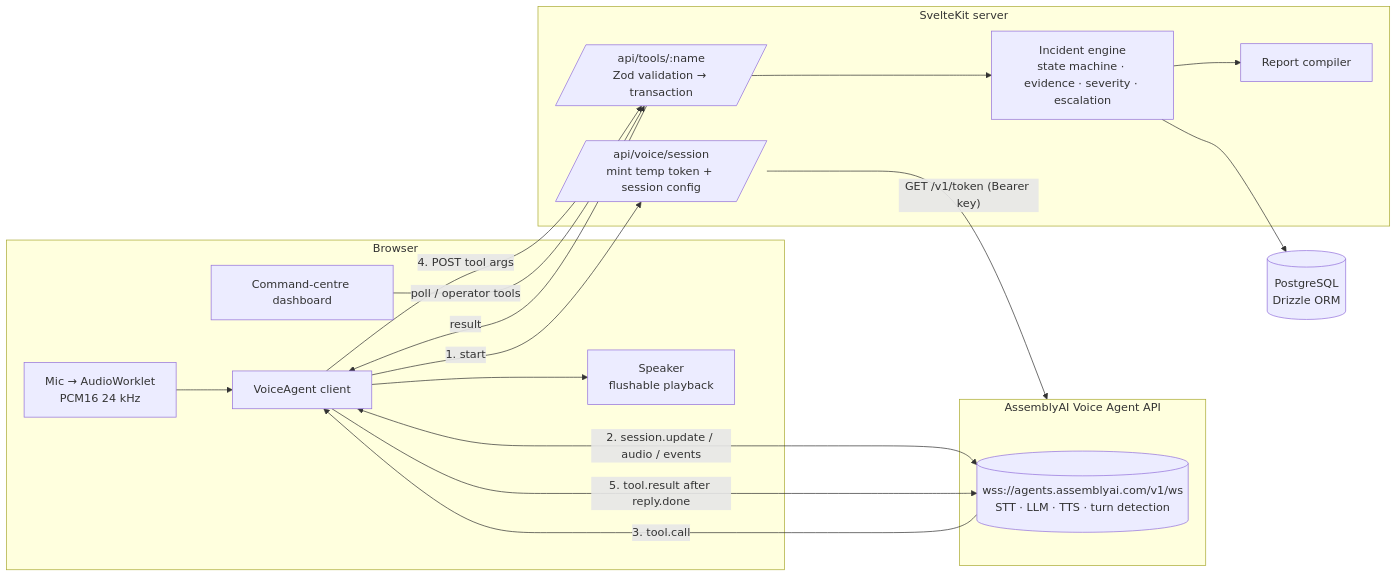
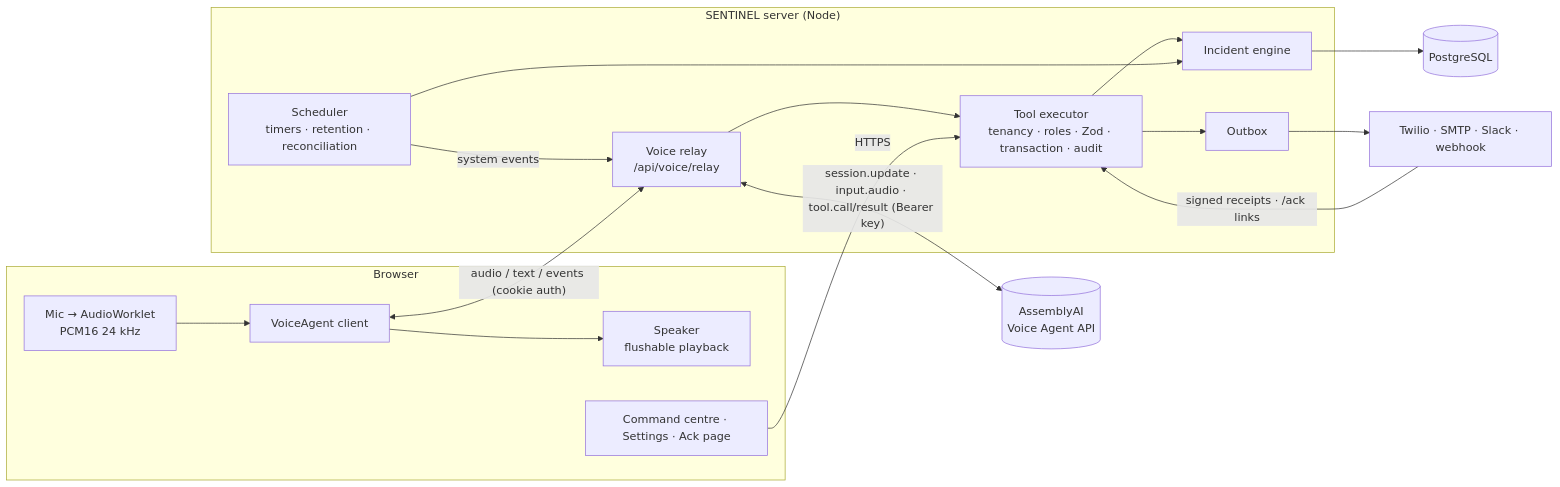
One commit to LayaungHtut/Sentinel changed the diagram in README.md. Above: the diagram before and after it, drawn with Mermaid. The commit also changed other lines of this file and 120 other files, not shown here.

````diff
--- a/README.md
+++ b/README.md
@@ -59,27 +59,27 @@
 ```mermaid
 flowchart LR
     subgraph Browser
         MIC[Mic → AudioWorklet<br/>PCM16 24 kHz] --> VA[VoiceAgent client]
         VA --> SPK[Speaker<br/>flushable playback]
-        UI[Command-centre dashboard]
+        UI[Command centre · Settings · Ack page]
     end
-    subgraph AssemblyAI["AssemblyAI Voice Agent API"]
-        WS[(wss://agents.assemblyai.com/v1/ws<br/>STT · LLM · TTS · turn detection)]
+    subgraph Server["SENTINEL server (Node)"]
+        RELAY[Voice relay<br/>/api/voice/relay]
+        EXEC[Tool executor<br/>tenancy · roles · Zod · transaction · audit]
+        ENGINE[Incident engine]
+        OUTBOX[Outbox]
+        SCHED[Scheduler<br/>timers · retention · reconciliation]
     end
-    subgraph Server["SvelteKit server"]
-        TOK[/api/voice/session<br/>mint temp token + session config/]
-        TOOLS[/api/tools/:name<br/>Zod validation → transaction/]
-        ENGINE[Incident engine<br/>state machine · evidence · severity · escalation]
-        REPORT[Report compiler]
-    end
-    DB[(PostgreSQL<br/>Drizzle ORM)]
+    AAI[(AssemblyAI<br/>Voice Agent API)]
+    DB[(PostgreSQL)]
+    NOTIFY[Twilio · SMTP · Slack · webhook]
 
-    VA -- "1. start" --> TOK
-    TOK -- "GET /v1/token (Bearer key)" --> AssemblyAI
-    VA <-- "2. session.update / audio / events" --> WS
-    WS -- "3. tool.call" --> VA
-    VA -- "4. POST tool args" --> TOOLS --> ENGINE --> DB
-    TOOLS -- "result" --> VA -- "5. tool.result after reply.done" --> WS
-    UI -- poll / operator tools --> TOOLS
-    ENGINE --> REPORT
+    VA <-- "audio / text / events (cookie auth)" --> RELAY
+    RELAY <-- "session.update · input.audio · tool.call/result (Bearer key)" --> AAI
+    RELAY --> EXEC --> ENGINE --> DB
+    UI -- "HTTPS" --> EXEC
+    EXEC --> OUTBOX --> NOTIFY
+    NOTIFY -- "signed receipts · /ack links" --> EXEC
+    SCHED --> ENGINE
+    SCHED -- "system events" --> RELAY
 ```
````
